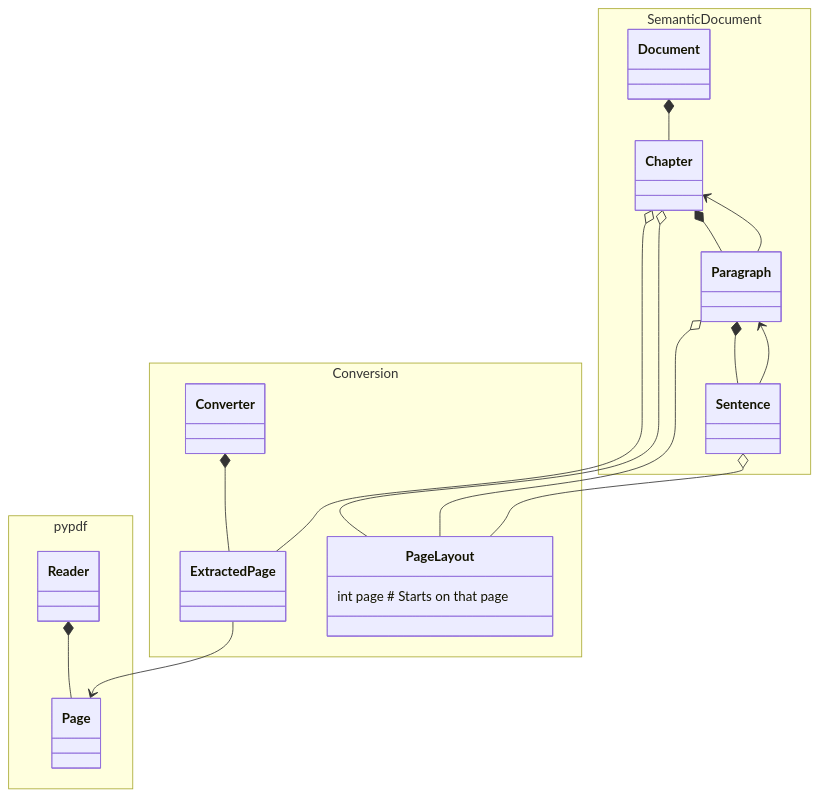
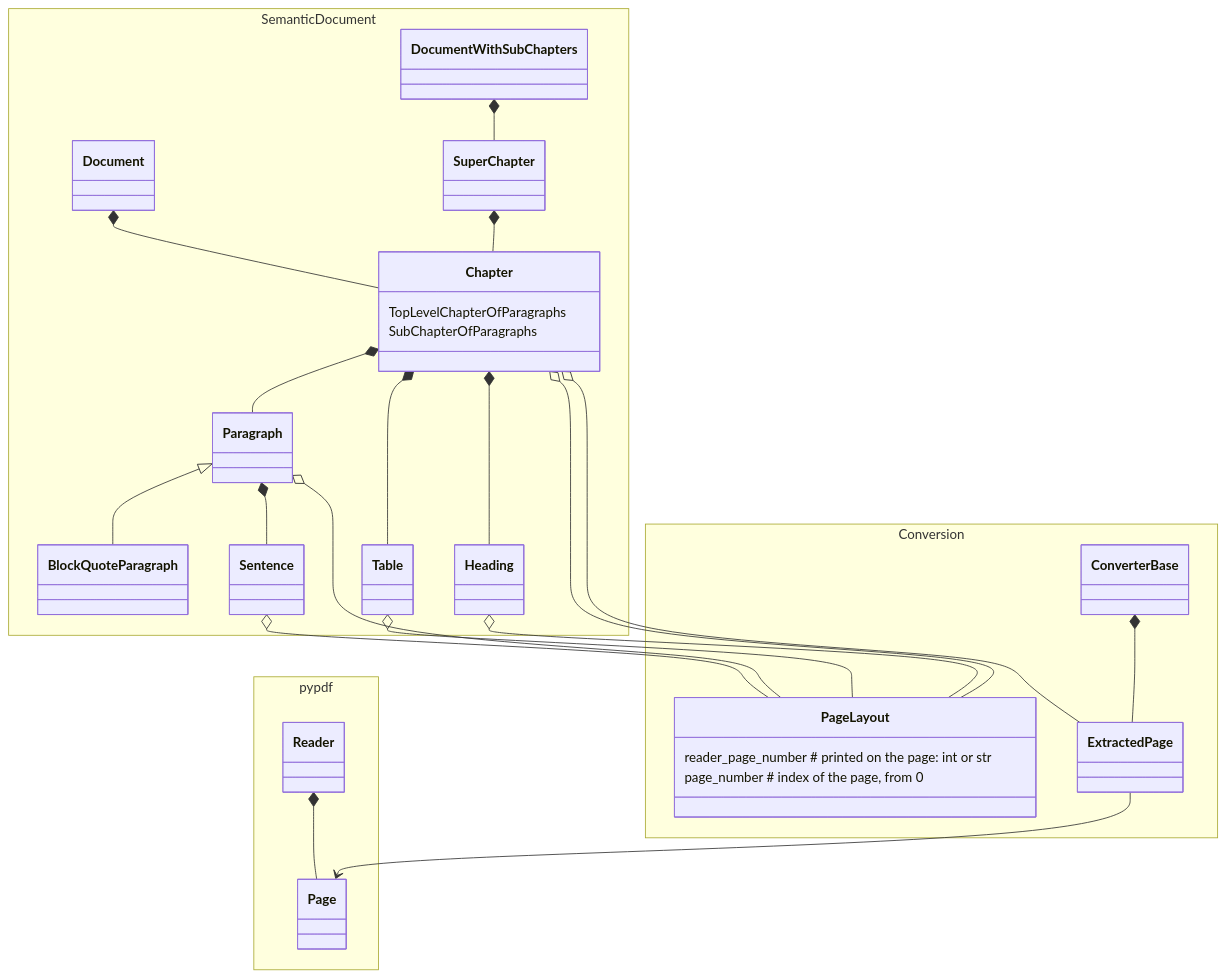
The diagram in README.md (EricBoix/pdf-to-markdown), drawn with Mermaid before and after one commit. The commit also changed other lines of this file and 11 other files, not shown here.

````diff
--- a/README.md
+++ b/README.md
@@ -76,48 +81,63 @@
 ```mermaid
 classDiagram
   namespace SemanticDocument {
     class Document {
     }
-
+    class DocumentWithSubChapters {
+    }
+    class SuperChapter {
+    }
     class Chapter {
+      TopLevelChapterOfParagraphs
+      SubChapterOfParagraphs
     }
     class Paragraph {
-
     }
-
+    class BlockQuoteParagraph {
+    }
+    class Table {
+    }
+    class Heading {
+    }
     class Sentence {
     }
   }
 
   Document *-- Chapter
+  DocumentWithSubChapters *-- SuperChapter
+  SuperChapter *-- Chapter
   Chapter *-- Paragraph
-  Chapter <-- Paragraph
+  Chapter *-- Table
+  Chapter *-- Heading
+  Paragraph <|-- BlockQuoteParagraph
   Paragraph *-- Sentence
-  Paragraph <-- Sentence
 
   namespace pypdf {
     class Reader {
     }
     class Page {
     }
   }
   Reader *-- Page
 
   namespace Conversion {
-    class Converter{
+    class ConverterBase{
     }
     class ExtractedPage {
     }
     class PageLayout {
-    int page # Starts on that page
-  }
+      reader_page_number  # printed on the page: int or str
+      page_number  # index of the page, from 0
+    }
   }
   Chapter o-- PageLayout
   Paragraph o-- PageLayout
   Sentence o-- PageLayout
+  Table o-- PageLayout
+  Heading o-- PageLayout
 
-  Converter *-- ExtractedPage
+  ConverterBase *-- ExtractedPage
   Chapter o-- ExtractedPage
   ExtractedPage --> Page
 
 ```
````
